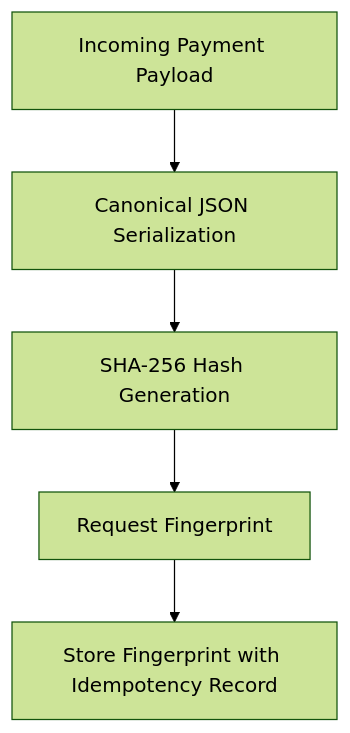
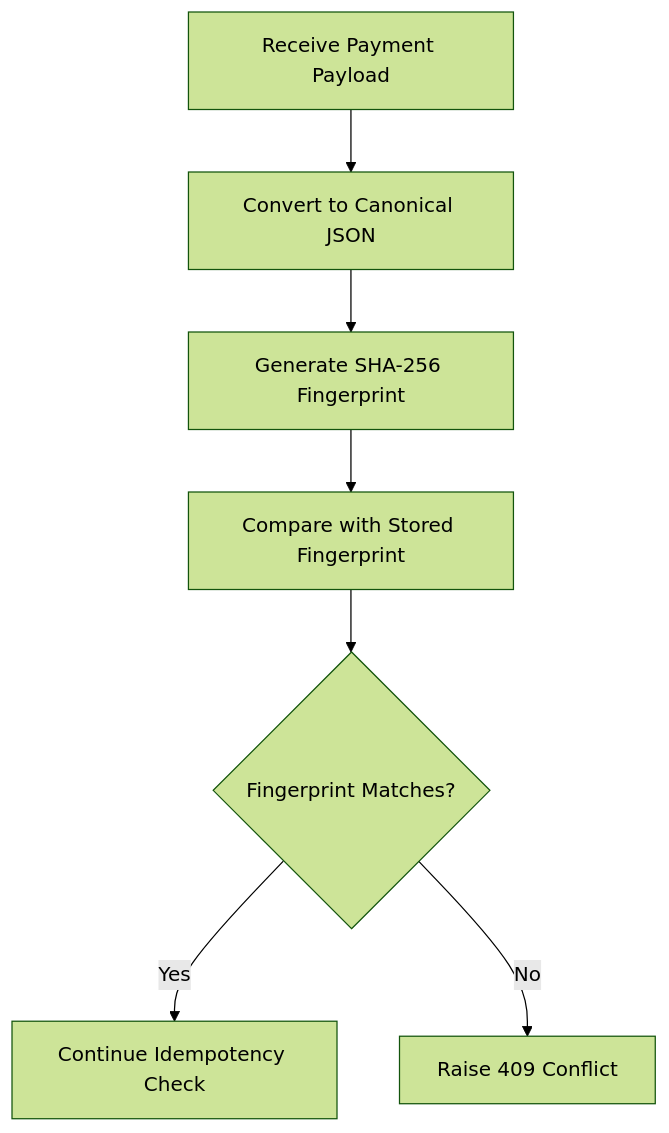
The third of 5 diagrams in README.md (iirasubizadivine/finsafe-idempotency-gateway), drawn with Mermaid (forest theme) before and after one commit. The commit also changed other lines of this file, not shown here.

````diff
--- a/README.md
+++ b/README.md
@@ -284,7 +290,11 @@
 ```mermaid
 flowchart TD
-    A[Incoming Payment Payload] --> B[Canonical JSON Serialization]
-    B --> C[SHA-256 Hash Generation]
-    C --> D[Request Fingerprint]
-    D --> E[Store Fingerprint with Idempotency Record]
+    A[Receive Payment Payload] --> B[Convert to Canonical JSON]
+    B --> C[Generate SHA-256 Fingerprint]
+    C --> D[Compare with Stored Fingerprint]
+
+    D --> E{Fingerprint Matches?}
+
+    E -->|Yes| F[Continue Idempotency Check]
+    E -->|No| G[Raise 409 Conflict]
 ```
````
